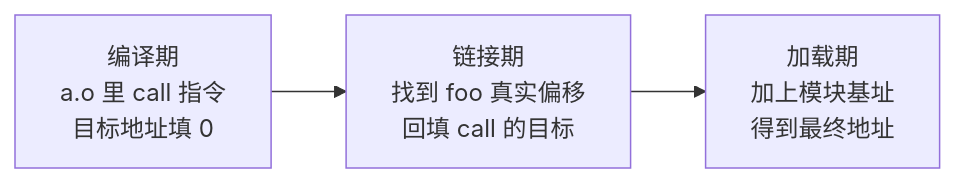
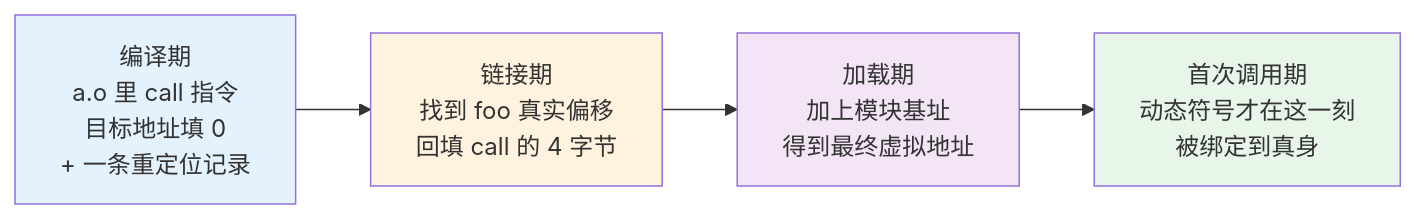
Before and after one commit to chongyang211/YCBookBlog: the third of 7 diagrams in packages/website/07.内功/07.编译与链接/02.符号表与重定位.md, drawn with Mermaid. The commit also changed other lines of this file and 3 other files, not shown here.

````diff
--- a/packages/website/07.内功/07.编译与链接/02.符号表与重定位.md
+++ b/packages/website/07.内功/07.编译与链接/02.符号表与重定位.md
@@ -93,5 +304,11 @@
 ```mermaid
 flowchart LR
-    A[编译期<br/>a.o 里 call 指令<br/>目标地址填 0] --> B[链接期<br/>找到 foo 真实偏移<br/>回填 call 的目标]
-    B --> C[加载期<br/>加上模块基址<br/>得到最终地址]
+    A[编译期<br/>a.o 里 call 指令<br/>目标地址填 0<br/>+ 一条重定位记录] --> B[链接期<br/>找到 foo 真实偏移<br/>回填 call 的 4 字节]
+    B --> C[加载期<br/>加上模块基址<br/>得到最终虚拟地址]
+    C --> D[首次调用期<br/>动态符号才在这一刻<br/>被绑定到真身]
+
+    style A fill:#e3f2fd
+    style B fill:#fff3e0
+    style C fill:#f3e5f5
+    style D fill:#e8f5e9
 ```
````
